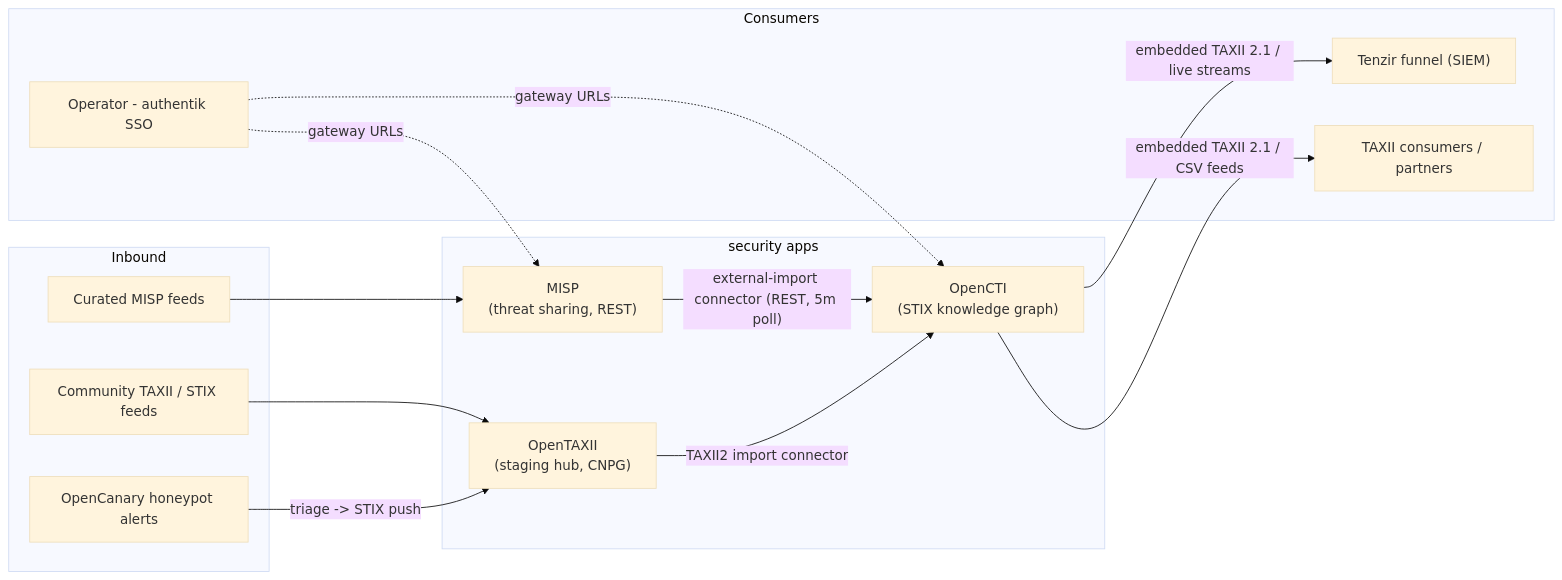
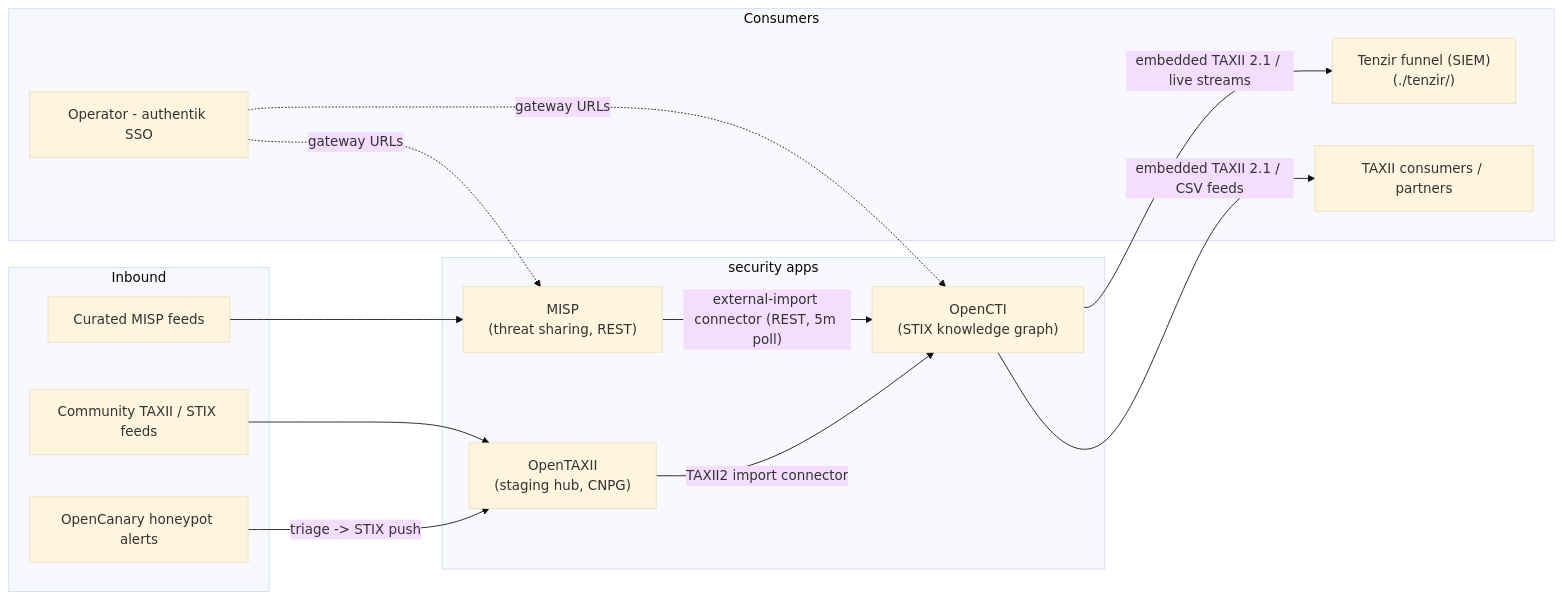
The diagram in flux/manifests/04-apps/security/README.md (Apocrathia/homelab), drawn with Mermaid (base theme) before and after one commit. The commit also changed other lines of this file and 1405 other files, not shown here.

````diff
--- a/flux/manifests/04-apps/security/README.md
+++ b/flux/manifests/04-apps/security/README.md
@@ -51,35 +64,35 @@
 ```mermaid
 flowchart LR
     subgraph inbound[Inbound]
         FEEDS["Community TAXII / STIX feeds"]
         CANARY["OpenCanary honeypot alerts"]
         MISPFEEDS["Curated MISP feeds"]
     end
 
     subgraph security[security apps]
         MISP["MISP
 (threat sharing, REST)"]
         OCTI["OpenCTI
 (STIX knowledge graph)"]
         OTAXII["OpenTAXII
 (staging hub, CNPG)"]
     end
 
     subgraph consume[Consumers]
-        TENZIR["Tenzir funnel (SIEM)"]
+        TENZIR["Tenzir funnel (SIEM)<br/>(./tenzir/)"]
         PARTNERS["TAXII consumers / partners"]
         OPS["Operator - authentik SSO"]
     end
 
     MISPFEEDS --> MISP
     MISP -->|"external-import connector (REST, 5m poll)"| OCTI
     FEEDS --> OTAXII
     CANARY -->|"triage -> STIX push"| OTAXII
     OTAXII -->|"TAXII2 import connector"| OCTI
 
     OCTI -->|"embedded TAXII 2.1 / live streams"| TENZIR
     OCTI -->|"embedded TAXII 2.1 / CSV feeds"| PARTNERS
     OPS -.->|gateway URLs| MISP
     OPS -.->|gateway URLs| OCTI
 
 ```
````
